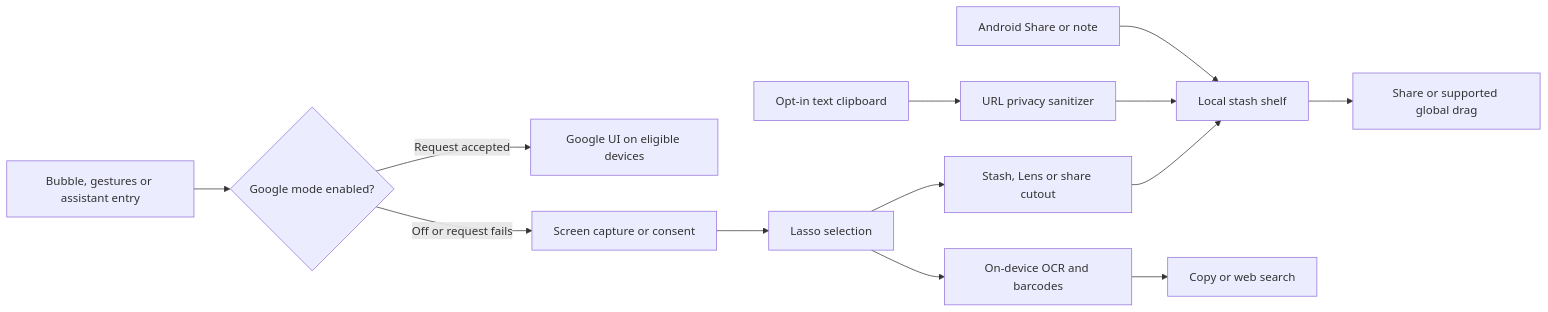
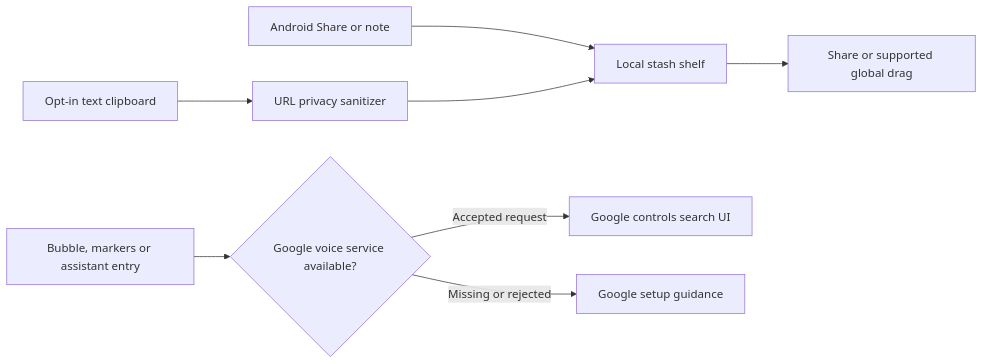
One commit to ankitchanki/New changed the diagram in README.md. Above: the diagram before and after it, drawn with Mermaid. The commit also changed other lines of this file and 56 other files, not shown here.

Commit message:
Route search only to Google and repair bottom gesture recognition

````diff
--- a/README.md
+++ b/README.md
@@ -176,15 +170,10 @@
 ```mermaid
 flowchart LR
     Share[Android Share or note] --> Shelf[Local stash shelf]
     Copy[Opt-in text clipboard] --> Clean[URL privacy sanitizer]
     Clean --> Shelf
-    Dock[Bubble, gestures or assistant entry] --> Route{Google mode enabled?}
-    Route -->|Request accepted| Native[Google UI on eligible devices]
-    Route -->|Off or request fails| Capture[Screen capture or consent]
-    Capture --> Circle[Lasso selection]
-    Circle --> ML[On-device OCR and barcodes]
-    ML --> Actions[Copy or web search]
-    Circle --> ImageActions[Stash, Lens or share cutout]
-    ImageActions --> Shelf
+    Dock[Bubble, markers or assistant entry] --> Route{Google voice service available?}
+    Route -->|Accepted request| Native[Google controls search UI]
+    Route -->|Missing or rejected| Help[Google setup guidance]
     Shelf --> Out[Share or supported global drag]
 ```
````
